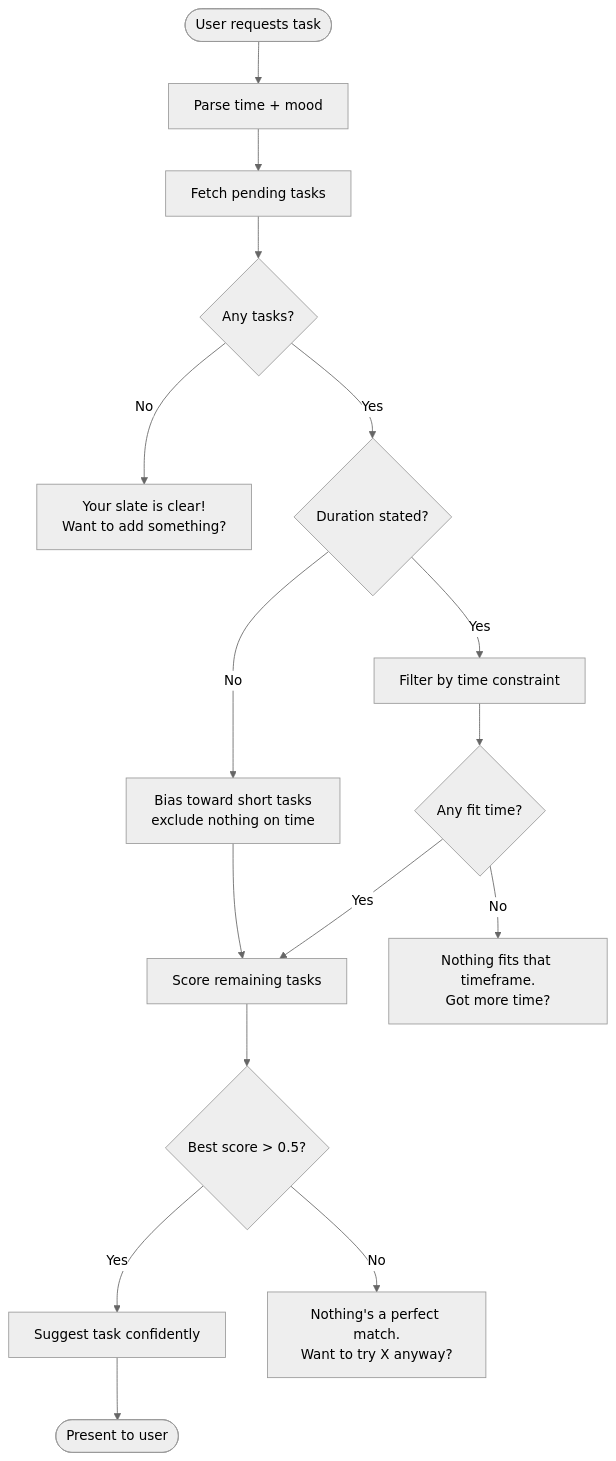
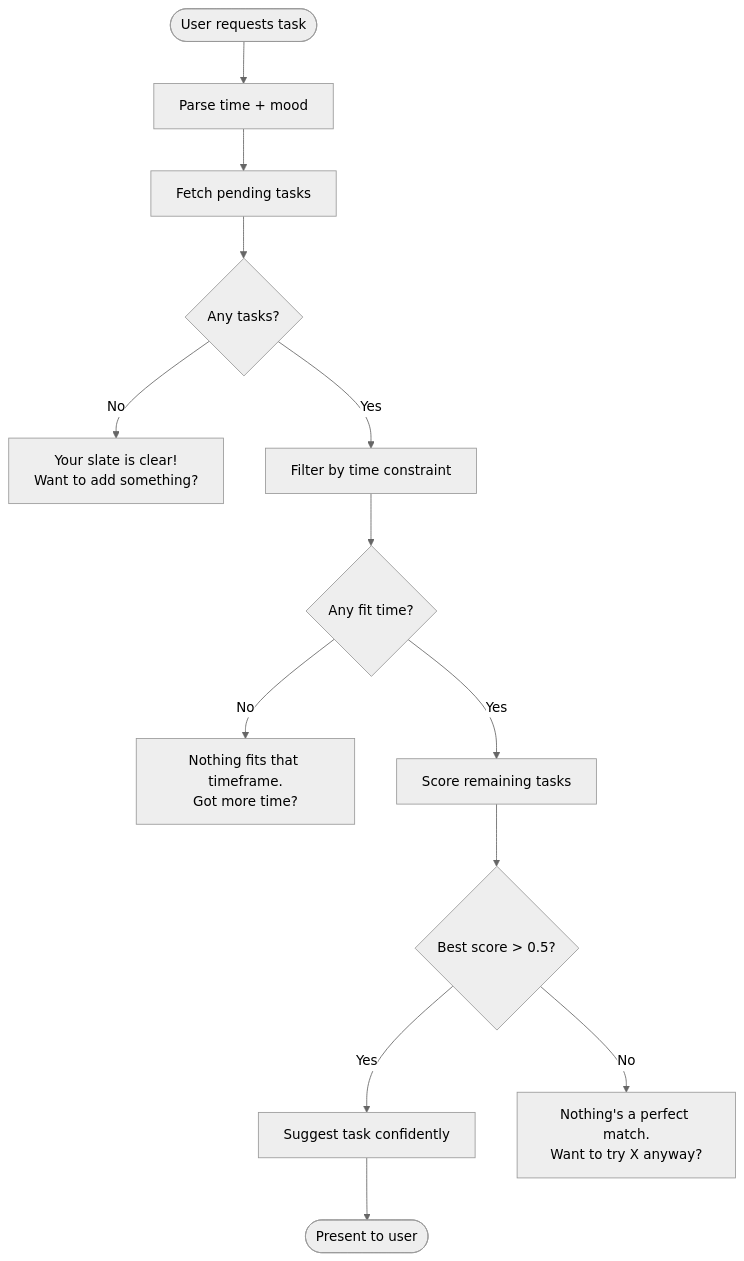
One commit to NickBorgersProbably/hide-my-list changed the sixth of 28 diagrams in docs/user-interactions.md. Above: the diagram before and after it, drawn with Mermaid (neutral theme). The commit also changed 19 other files, not shown here.

````diff
--- a/docs/user-interactions.md
+++ b/docs/user-interactions.md
@@ -156,22 +156,19 @@
 ```mermaid
 flowchart TD
     Request([User requests task]) --> ParseContext[Parse time + mood]
     ParseContext --> FetchTasks[Fetch pending tasks]
     FetchTasks --> HasTasks{Any tasks?}
 
     HasTasks -->|No| NoTasks["Your slate is clear!<br/>Want to add something?"]
-    HasTasks -->|Yes| KnownTime{Duration stated?}
-    KnownTime -->|Yes| FilterTime[Filter by time constraint]
-    KnownTime -->|No| ShortBias[Bias toward short tasks<br/>exclude nothing on time]
-    ShortBias --> ScoreTasks
+    HasTasks -->|Yes| FilterTime[Filter by time constraint]
 
     FilterTime --> HasMatches{Any fit time?}
     HasMatches -->|No| NoFit["Nothing fits that timeframe.<br/>Got more time?"]
     HasMatches -->|Yes| ScoreTasks[Score remaining tasks]
 
     ScoreTasks --> BestScore{Best score > 0.5?}
     BestScore -->|Yes| Suggest[Suggest task confidently]
     BestScore -->|No| Unsure["Nothing's a perfect match.<br/>Want to try X anyway?"]
 
     Suggest --> Present([Present to user])
 ```
````
